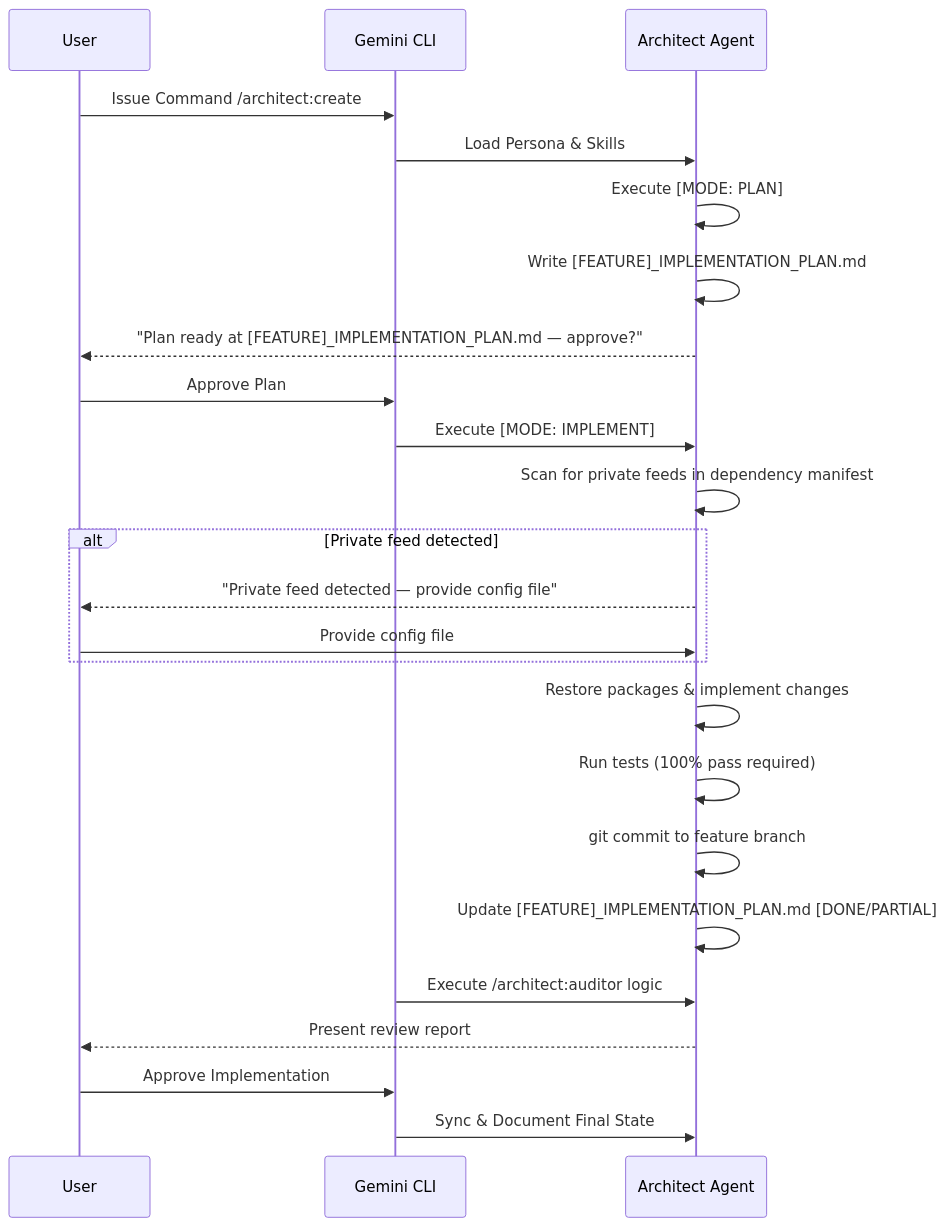
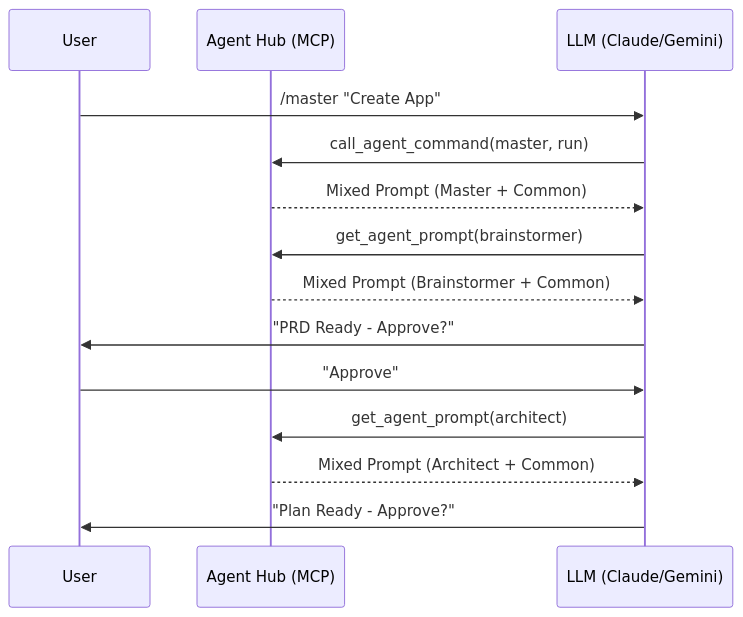
Before and after one commit to SouzaEduardoAC/ai-agents: the diagram in docs/TECHNICAL_SPECS.md, drawn with Mermaid. The commit also changed other lines of this file and 2 other files, not shown here.

Commit message:
docs: modernize documentation to reflect Universal Agent Hub architecture

````diff
--- a/docs/TECHNICAL_SPECS.md
+++ b/docs/TECHNICAL_SPECS.md
@@ -49,27 +36,17 @@
 ```mermaid
 sequenceDiagram
     participant U as User
-    participant G as Gemini CLI
-    participant E as Architect Agent
+    participant H as Agent Hub (MCP)
+    participant L as LLM (Claude/Gemini)
 
-    U->>G: Issue Command /architect:create
-    G->>E: Load Persona & Skills
-    E->>E: Execute [MODE: PLAN]
-    E->>E: Write [FEATURE]_IMPLEMENTATION_PLAN.md
-    E-->>U: "Plan ready at [FEATURE]_IMPLEMENTATION_PLAN.md — approve?"
-    U->>G: Approve Plan
-    G->>E: Execute [MODE: IMPLEMENT]
-    E->>E: Scan for private feeds in dependency manifest
-    alt Private feed detected
-        E-->>U: "Private feed detected — provide config file"
-        U->>E: Provide config file
-    end
-    E->>E: Restore packages & implement changes
-    E->>E: Run tests (100% pass required)
-    E->>E: git commit to feature branch
-    E->>E: Update [FEATURE]_IMPLEMENTATION_PLAN.md [DONE/PARTIAL]
-    G->>E: Execute /architect:auditor logic
-    E-->>U: Present review report
-    U->>G: Approve Implementation
-    G->>E: Sync & Document Final State
+    U->>L: /master "Create App"
+    L->>H: call_agent_command(master, run)
+    H-->>L: Mixed Prompt (Master + Common)
+    L->>H: get_agent_prompt(brainstormer)
+    H-->>L: Mixed Prompt (Brainstormer + Common)
+    L->>U: "PRD Ready - Approve?"
+    U->>L: "Approve"
+    L->>H: get_agent_prompt(architect)
+    H-->>L: Mixed Prompt (Architect + Common)
+    L->>U: "Plan Ready - Approve?"
 ```
````
